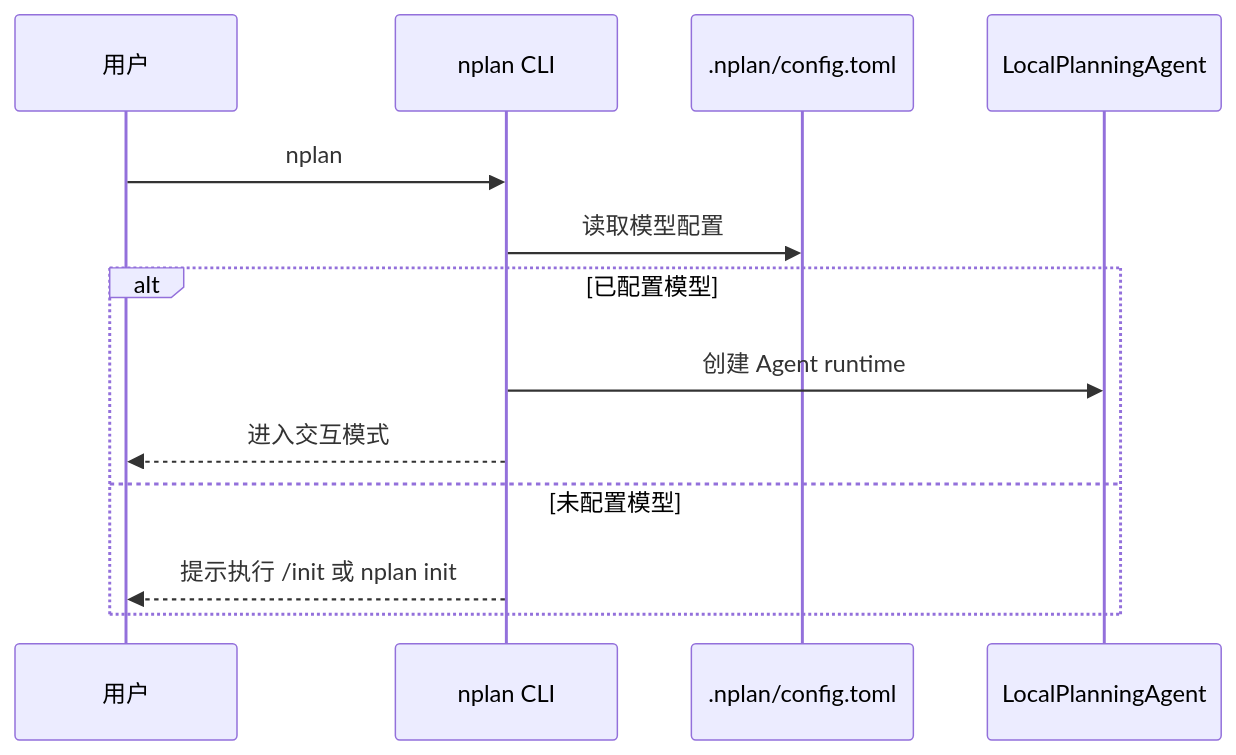
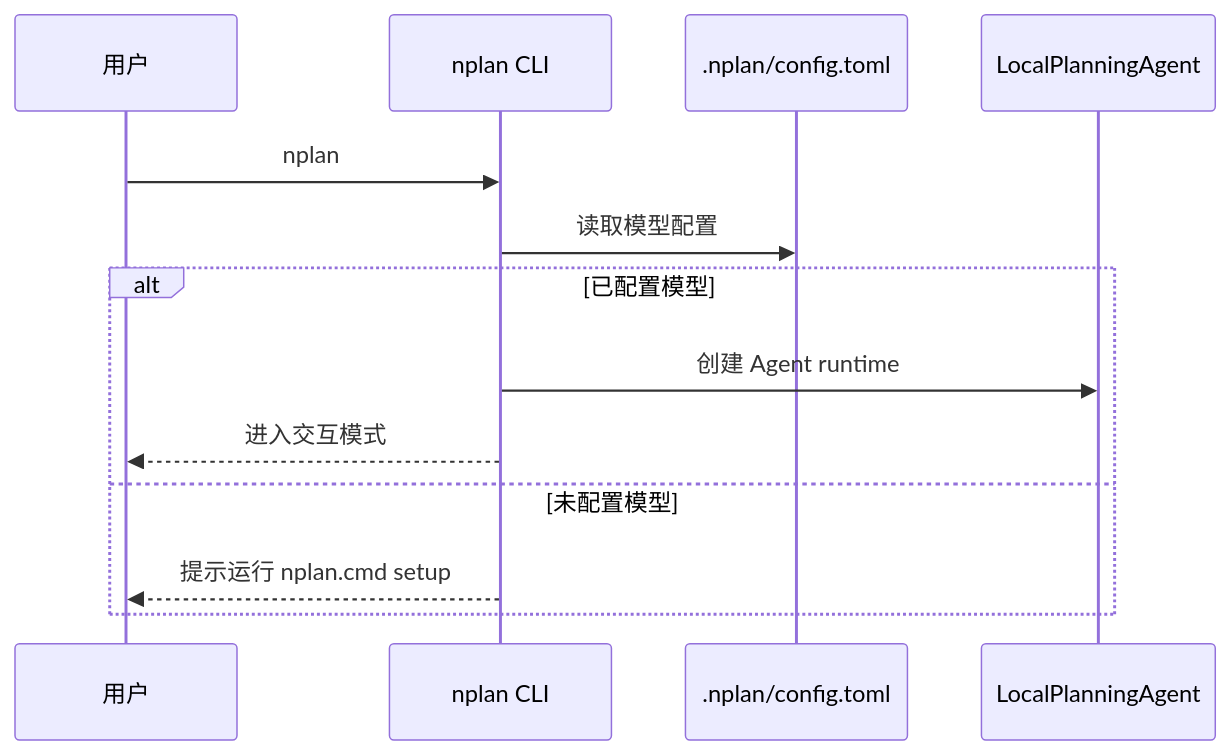
Before and after one commit to xqct0001/nplan: the second of 4 diagrams in docs/nplan_process_task_obsidian.md, drawn with Mermaid. The commit also changed other lines of this file and 16 other files, not shown here.

Commit message:
Unify setup command flow

````diff
--- a/docs/nplan_process_task_obsidian.md
+++ b/docs/nplan_process_task_obsidian.md
@@ -66,16 +80,16 @@
 ```mermaid
 sequenceDiagram
   participant U as 用户
   participant C as nplan CLI
   participant F as .nplan/config.toml
   participant A as LocalPlanningAgent
 
   U->>C: nplan
   C->>F: 读取模型配置
   alt 已配置模型
     C->>A: 创建 Agent runtime
     C-->>U: 进入交互模式
   else 未配置模型
-    C-->>U: 提示执行 /init 或 nplan init
+    C-->>U: 提示运行 nplan.cmd setup
   end
 ```
````
